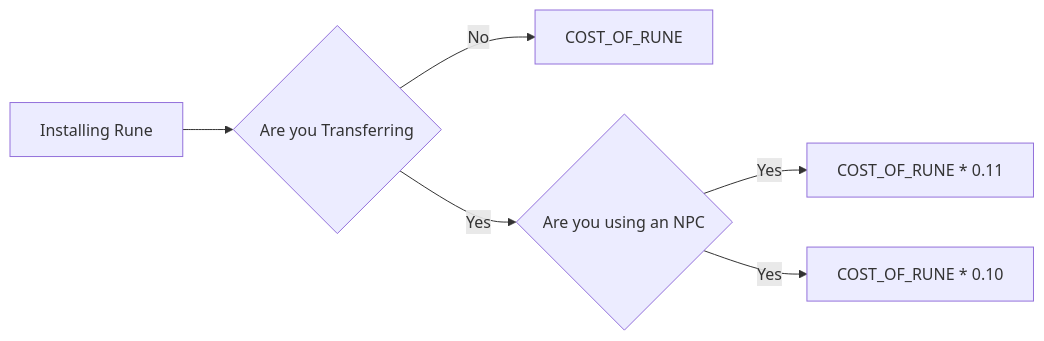
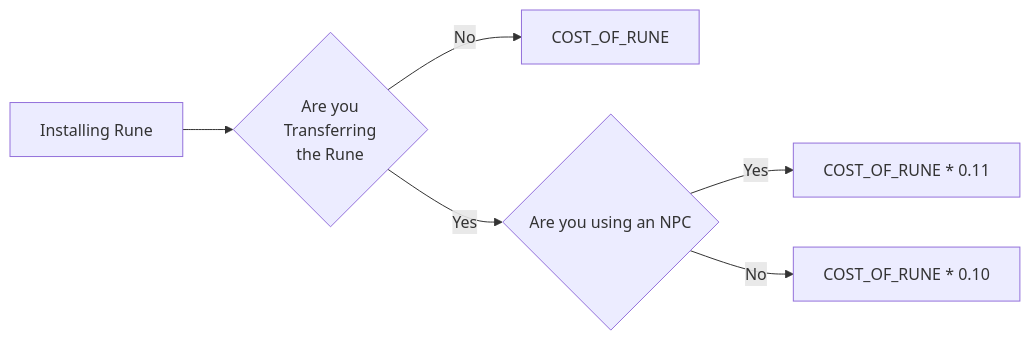
Before and after one commit to speck0413/notes: the diagram in PF2E/Strength of Thousands/Flow Charts/Rune Guide.md, drawn with Mermaid.

Commit message:
July 7, 2022 5:29 PM

````diff
--- a/PF2E/Strength of Thousands/Flow Charts/Rune Guide.md
+++ b/PF2E/Strength of Thousands/Flow Charts/Rune Guide.md
@@ -1,25 +1,25 @@
 ```mermaid
 
 flowchart LR
 
 %%NPC[Transferring Rune via NPC]
 NPC_COST[COST_OF_RUNE * 0.11]
 
 %%PC[Transferring Rune Via PC]
 PC_COST[COST_OF_RUNE * 0.10]
 
 %%UNE[Purchasing and Installing Rune]
 RUNE_COST[COST_OF_RUNE]
 
-State1[Installing Rune] --> Transfer{Are you Transferring}
+State1[Installing Rune] --> Transfer{Are you <br> Transferring <br> the Rune}
 
 Transfer-->|Yes|UsingNPC{Are you using an NPC}
 UsingNPC-->|Yes|NPC_COST
-UsingNPC-->|Yes|PC_COST
+UsingNPC-->|No|PC_COST
 Transfer-->|No|RUNE_COST
 
 %%NPC-->NPC_COST
 %%PC-->PC_COST
 %%RUNE-->RUNE_COST
 
 ```
````
